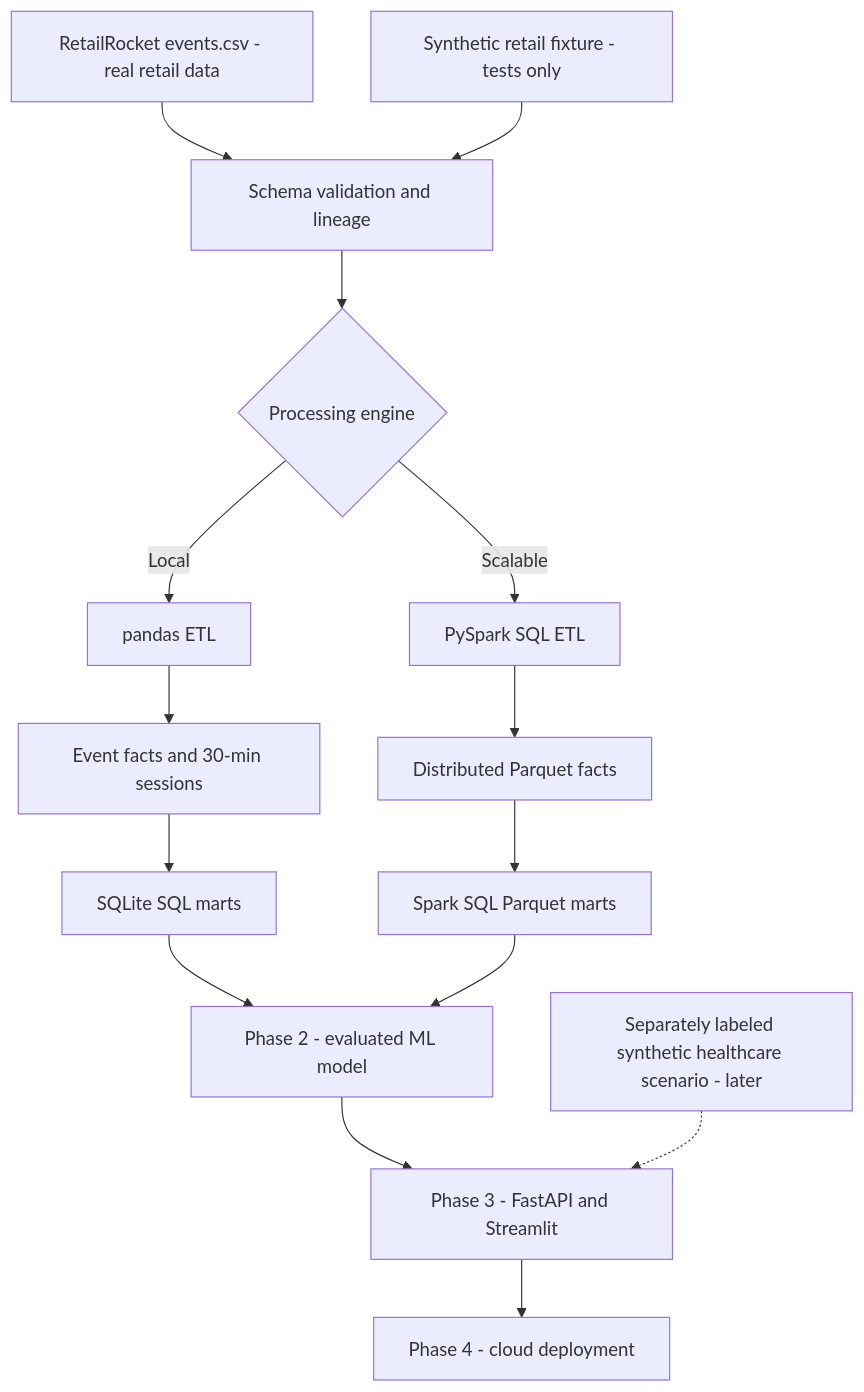
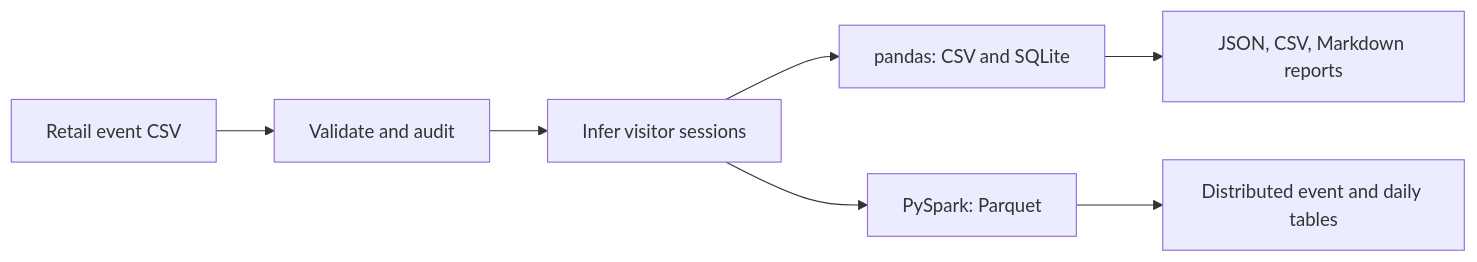
Before and after one commit to RNanfuka/clickstream-analytics: the diagram in README.md, drawn with Mermaid. The commit also changed other lines of this file, not shown here.

````diff
--- a/README.md
+++ b/README.md
@@ -168,17 +107,9 @@
 ```mermaid
-flowchart TD
-    A[RetailRocket events.csv - real retail data] --> B[Schema validation and lineage]
-    T[Synthetic retail fixture - tests only] --> B
-    B --> C{Processing engine}
-    C -->|Local| D[pandas ETL]
-    C -->|Scalable| E[PySpark SQL ETL]
-    D --> F[Event facts and 30-min sessions]
-    E --> G[Distributed Parquet facts]
-    F --> H[SQLite SQL marts]
-    G --> I[Spark SQL Parquet marts]
-    H --> J[Phase 2 - evaluated ML model]
-    I --> J
-    J --> K[Phase 3 - FastAPI and Streamlit]
-    K --> L[Phase 4 - cloud deployment]
-    M[Separately labeled synthetic healthcare scenario - later] -.-> K
+flowchart LR
+    A[Retail event CSV] --> B[Validate and audit]
+    B --> C[Infer visitor sessions]
+    C --> D[pandas: CSV and SQLite]
+    C --> E[PySpark: Parquet]
+    D --> F[JSON, CSV, Markdown reports]
+    E --> G[Distributed event and daily tables]
 ```
````
